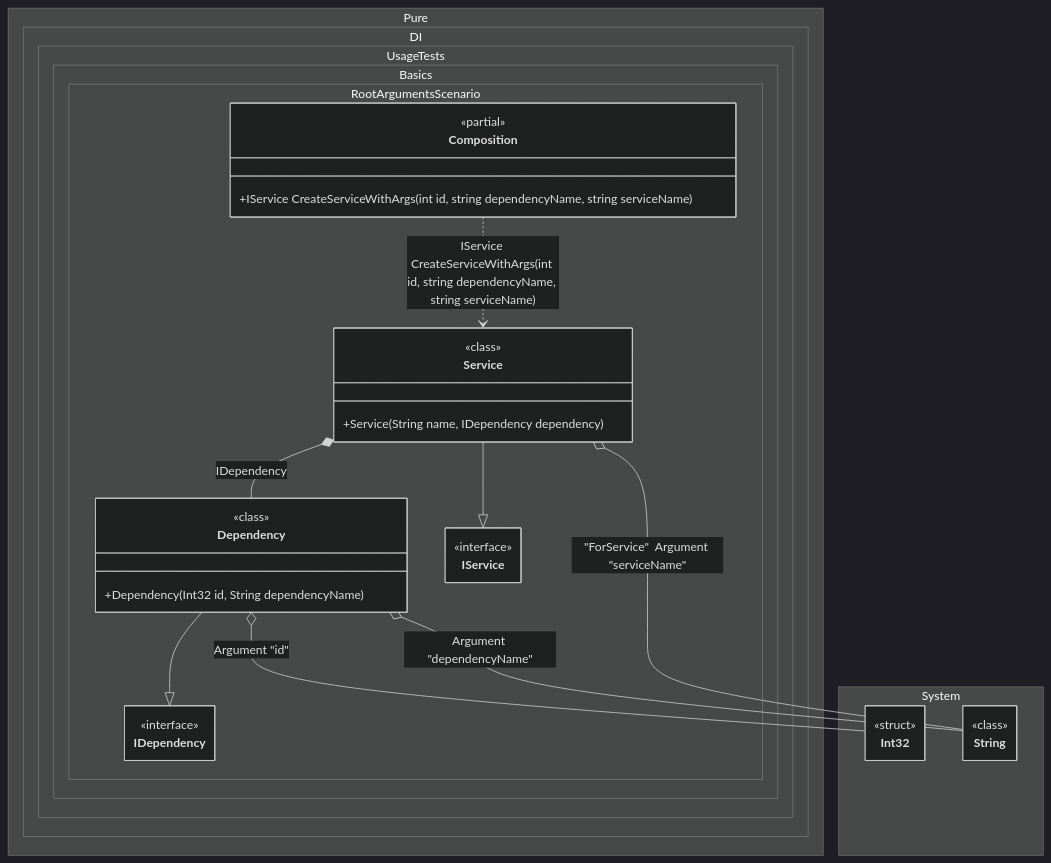
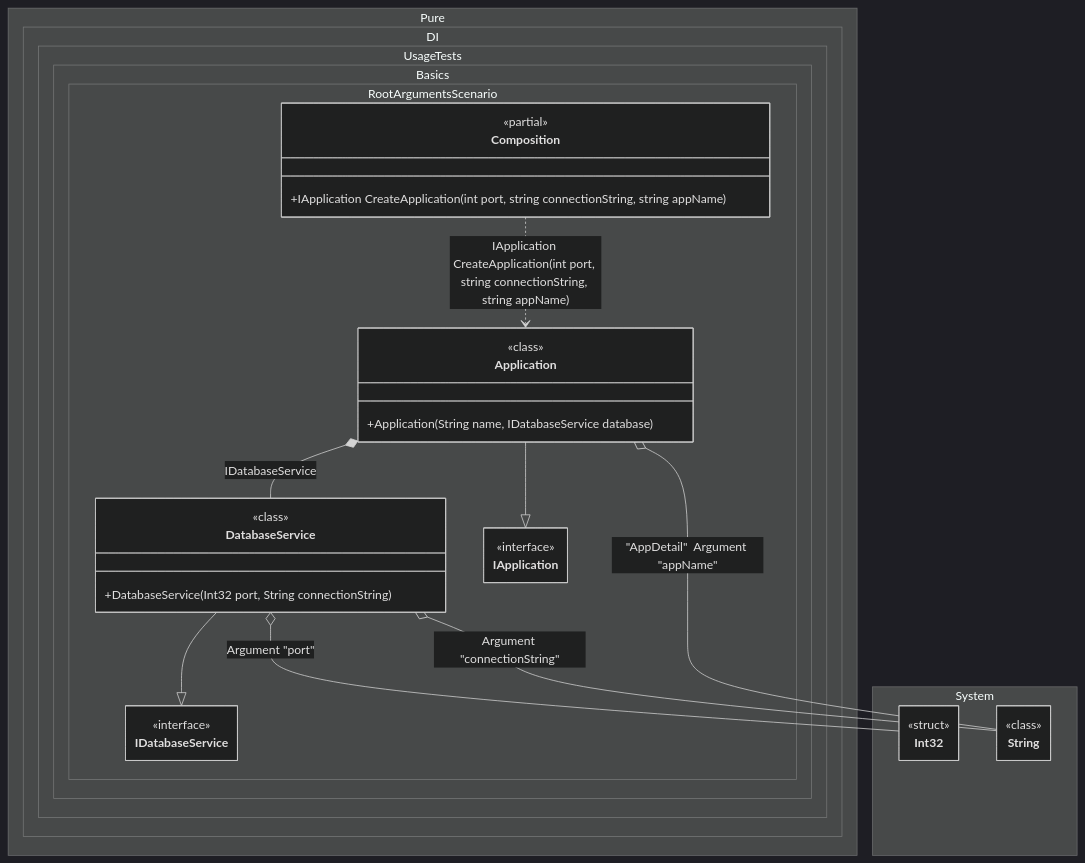
One commit to DevTeam/Pure.DI changed the diagram in readme/root-arguments.md. Above: the diagram before and after it, drawn with Mermaid (dark theme). The commit also changed other lines of this file and 126 other files, not shown here.

````diff
--- a/readme/root-arguments.md
+++ b/readme/root-arguments.md
@@ -139,45 +143,45 @@
 ```mermaid
 ---
  config:
   maxTextSize: 2147483647
   maxEdges: 2147483647
   class:
    hideEmptyMembersBox: true
 ---
 classDiagram
-	Dependency --|> IDependency
-	Service --|> IService
-	Composition ..> Service : IService CreateServiceWithArgs(int id, string dependencyName, string serviceName)
-	Dependency o-- Int32 : Argument "id"
-	Dependency o-- String : Argument "dependencyName"
-	Service *--  Dependency : IDependency
-	Service o-- String : "ForService"  Argument "serviceName"
+	DatabaseService --|> IDatabaseService
+	Application --|> IApplication
+	Composition ..> Application : IApplication CreateApplication(int port, string connectionString, string appName)
+	DatabaseService o-- Int32 : Argument "port"
+	DatabaseService o-- String : Argument "connectionString"
+	Application *--  DatabaseService : IDatabaseService
+	Application o-- String : "AppDetail"  Argument "appName"
 	namespace Pure.DI.UsageTests.Basics.RootArgumentsScenario {
+		class Application {
+				<<class>>
+			+Application(String name, IDatabaseService database)
+		}
 		class Composition {
 		<<partial>>
-		+IService CreateServiceWithArgs(int id, string dependencyName, string serviceName)
+		+IApplication CreateApplication(int port, string connectionString, string appName)
 		}
-		class Dependency {
+		class DatabaseService {
 				<<class>>
-			+Dependency(Int32 id, String dependencyName)
+			+DatabaseService(Int32 port, String connectionString)
 		}
-		class IDependency {
+		class IApplication {
 			<<interface>>
 		}
-		class IService {
+		class IDatabaseService {
 			<<interface>>
-		}
-		class Service {
-				<<class>>
-			+Service(String name, IDependency dependency)
 		}
 	}
 	namespace System {
 		class Int32 {
 				<<struct>>
 		}
 		class String {
 				<<class>>
 		}
 	}
 ```
````
